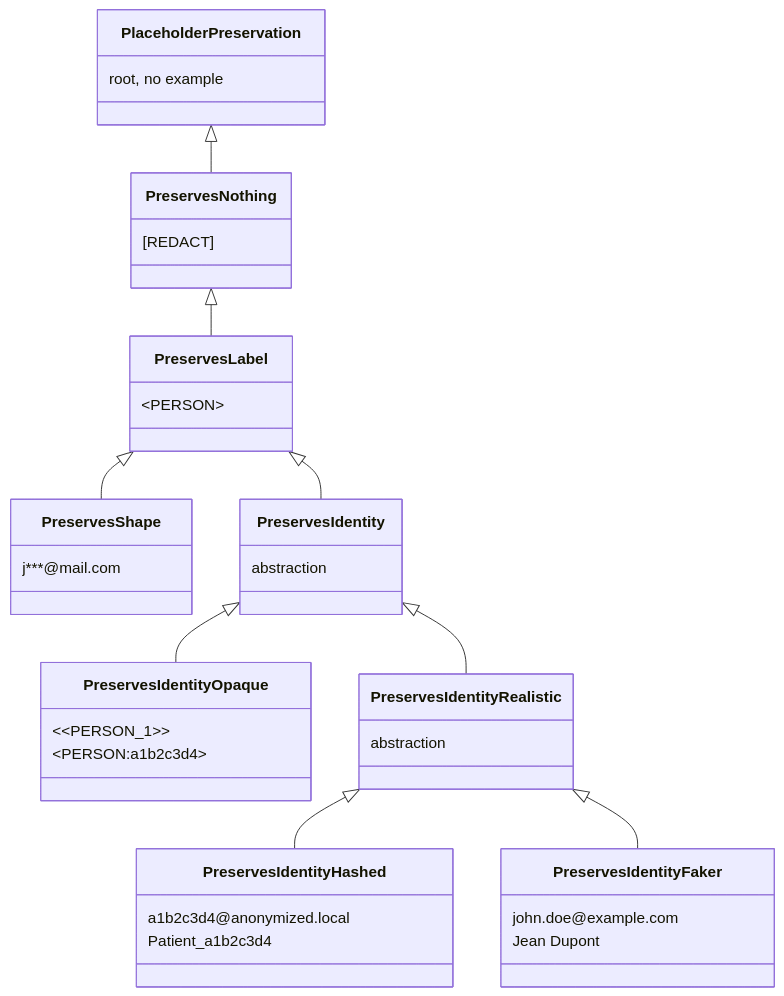
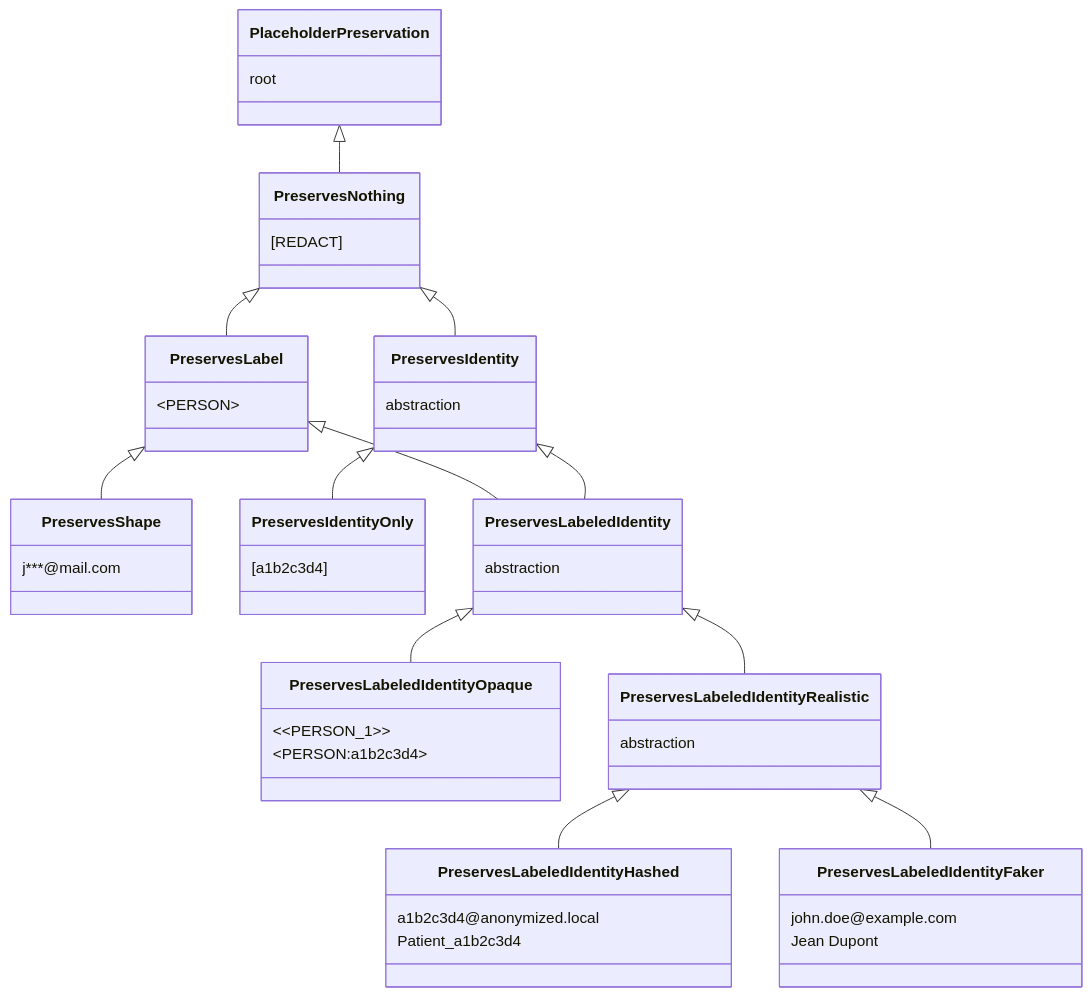
Before and after one commit to jamon8888/hacienda-ghost: the diagram in docs/en/placeholder-factories.md, drawn with Mermaid. The commit also changed other lines of this file and 3 other files, not shown here.

````diff
--- a/docs/en/placeholder-factories.md
+++ b/docs/en/placeholder-factories.md
@@ -116,42 +146,51 @@
 ```mermaid
 classDiagram
     class PlaceholderPreservation {
-        root, no example
+        root
     }
     class PreservesNothing {
         [REDACT]
     }
     class PreservesLabel {
         &lt;PERSON&gt;
     }
     class PreservesShape {
         j***@mail.com
     }
     class PreservesIdentity {
         abstraction
     }
-    class PreservesIdentityOpaque {
+    class PreservesIdentityOnly {
+        [a1b2c3d4]
+    }
+    class PreservesLabeledIdentity {
+        abstraction
+    }
+    class PreservesLabeledIdentityOpaque {
         &lt;&lt;PERSON_1&gt;&gt;
         &lt;PERSON:a1b2c3d4&gt;
     }
-    class PreservesIdentityRealistic {
+    class PreservesLabeledIdentityRealistic {
         abstraction
     }
-    class PreservesIdentityHashed {
+    class PreservesLabeledIdentityHashed {
         a1b2c3d4@anonymized.local
         Patient_a1b2c3d4
     }
-    class PreservesIdentityFaker {
+    class PreservesLabeledIdentityFaker {
         john.doe@example.com
         Jean Dupont
     }
 
     PlaceholderPreservation <|-- PreservesNothing
     PreservesNothing <|-- PreservesLabel
+    PreservesNothing <|-- PreservesIdentity
     PreservesLabel <|-- PreservesShape
-    PreservesLabel <|-- PreservesIdentity
-    PreservesIdentity <|-- PreservesIdentityOpaque
-    PreservesIdentity <|-- PreservesIdentityRealistic
-    PreservesIdentityRealistic <|-- PreservesIdentityHashed
-    PreservesIdentityRealistic <|-- PreservesIdentityFaker
+    PreservesIdentity <|-- PreservesIdentityOnly
+    PreservesLabel <|-- PreservesLabeledIdentity
+    PreservesIdentity <|-- PreservesLabeledIdentity
+    PreservesLabeledIdentity <|-- PreservesLabeledIdentityOpaque
+    PreservesLabeledIdentity <|-- PreservesLabeledIdentityRealistic
+    PreservesLabeledIdentityRealistic <|-- PreservesLabeledIdentityHashed
+    PreservesLabeledIdentityRealistic <|-- PreservesLabeledIdentityFaker
 ```
````
